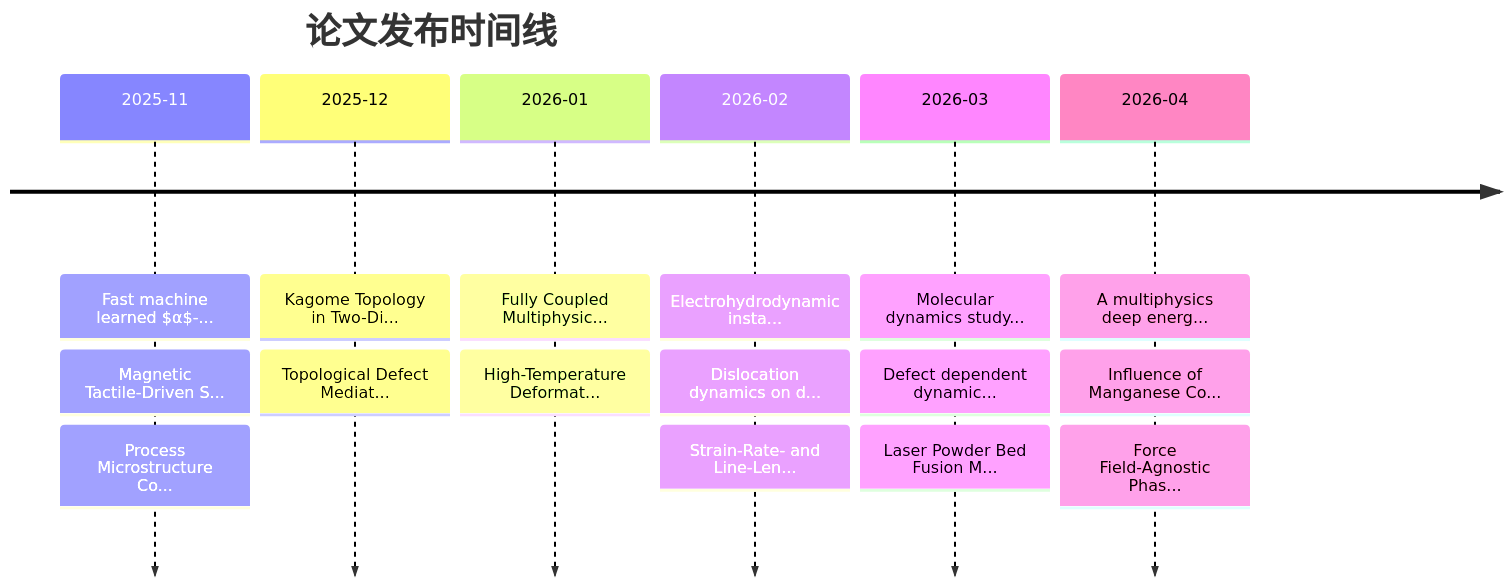
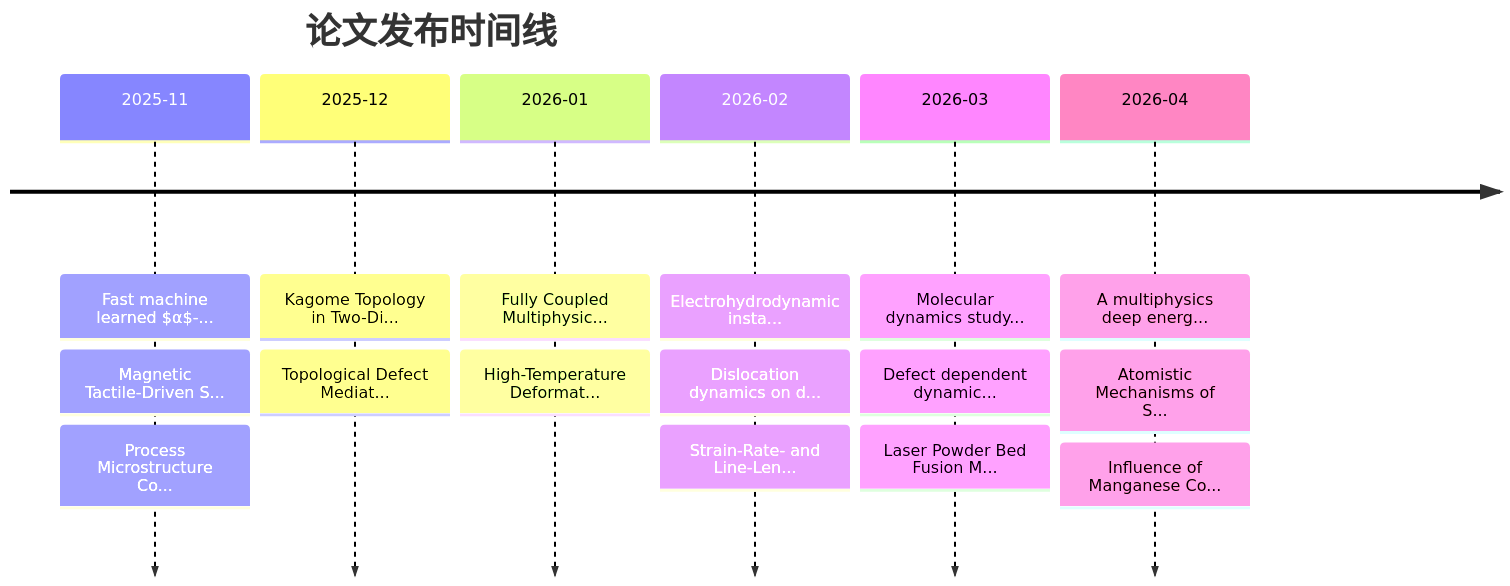
One commit to Shirakawa11111/BJK_readpaper changed the second of 2 diagrams in README.md. Above: the diagram before and after it, drawn with Mermaid. The commit also changed other lines of this file and 16 other files, not shown here.

````diff
--- a/README.md
+++ b/README.md
@@ -202,10 +206,10 @@
 ```mermaid
 timeline
     title 论文发布时间线
     2025-11 : Fast machine learned $α$-... : Magnetic Tactile-Driven S... : Process Microstructure Co...
     2025-12 : Kagome Topology in Two-Di... : Topological Defect Mediat...
     2026-01 : Fully Coupled Multiphysic... : High-Temperature Deformat...
     2026-02 : Electrohydrodynamic insta... : Dislocation dynamics on d... : Strain-Rate- and Line-Len...
     2026-03 : Molecular dynamics study... : Defect dependent dynamic... : Laser Powder Bed Fusion M...
-    2026-04 : A multiphysics deep energ... : Influence of Manganese Co... : Force Field-Agnostic Phas...
+    2026-04 : A multiphysics deep energ... : Atomistic Mechanisms of S... : Influence of Manganese Co...
 ```
````
